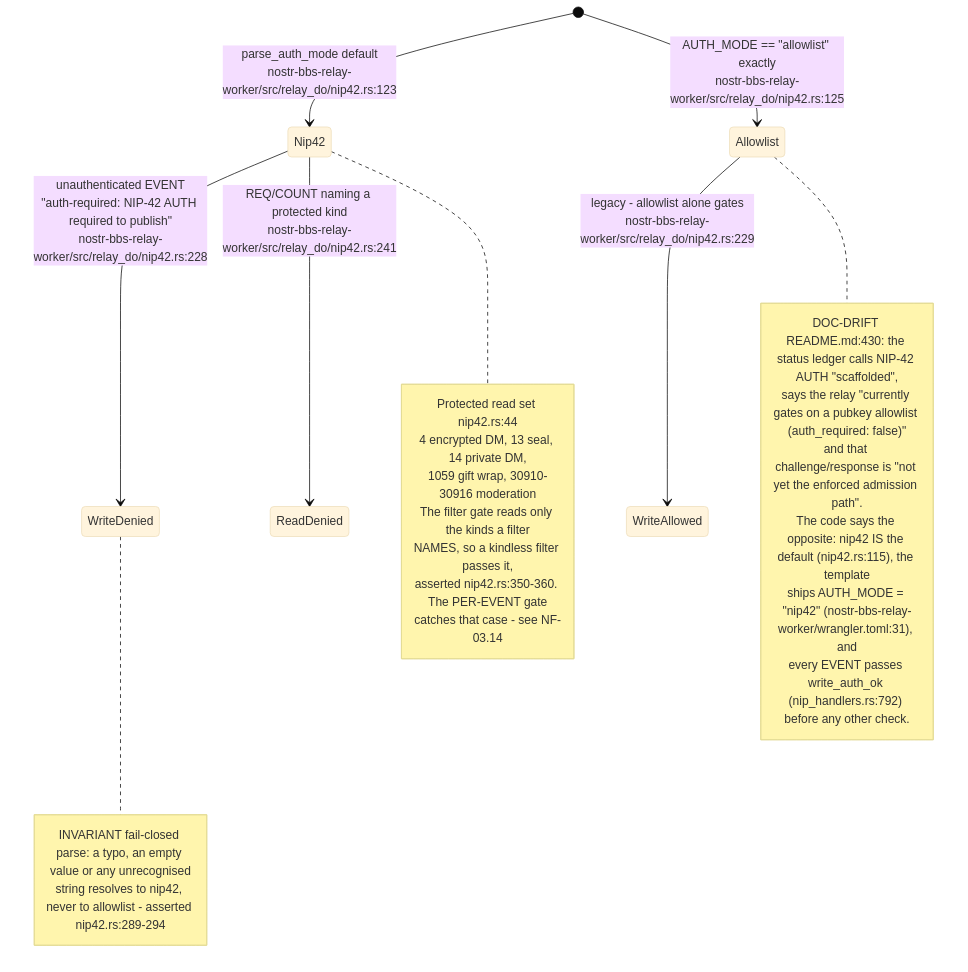
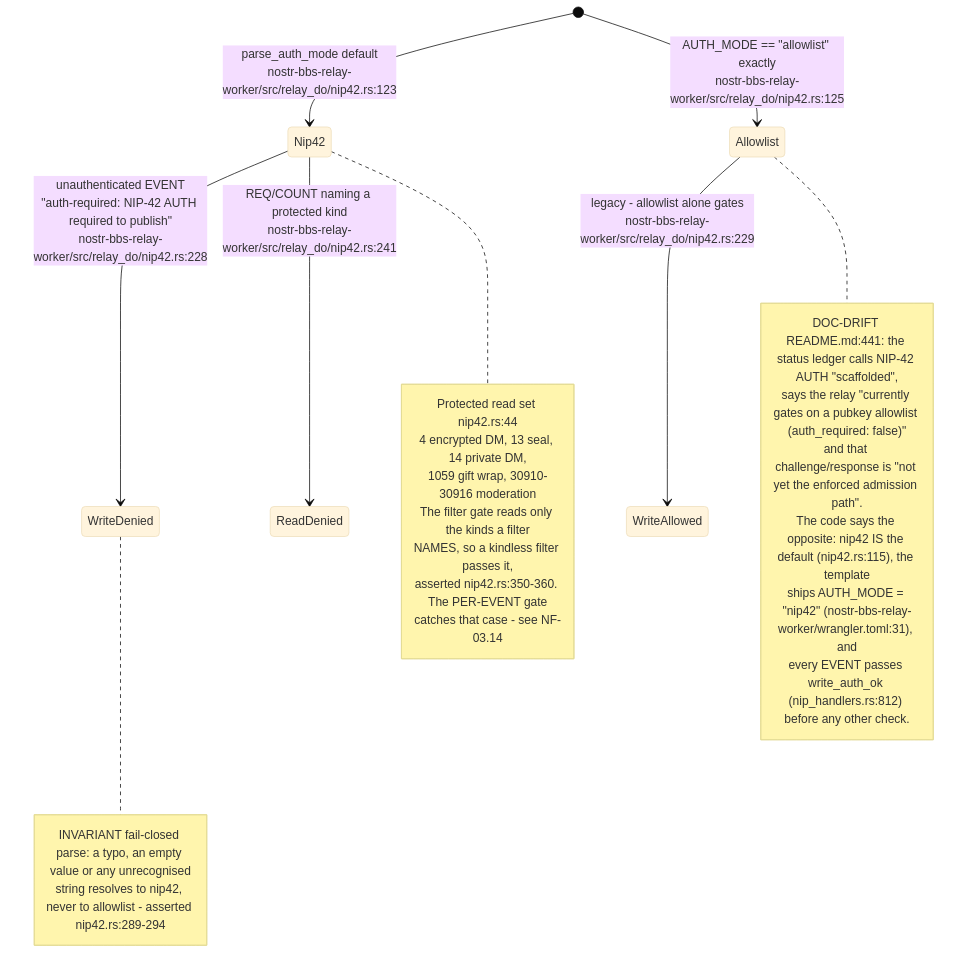
One commit to DreamLab-AI/VisionFlow changed the third of 14 diagrams in docs/diagrams/nostr-rust-forum/03-relay-worker-admission-auth-and-trust.md. Above: the diagram before and after it, drawn with Mermaid (base theme). The commit also changed other lines of this file and 136 other files, not shown here.

First line of the commit message:
docs(diagrams): refresh the whole corpus to code HEAD and prune low-value diagrams

````diff
--- a/docs/diagrams/nostr-rust-forum/03-relay-worker-admission-auth-and-trust.md
+++ b/docs/diagrams/nostr-rust-forum/03-relay-worker-admission-auth-and-trust.md
@@ -73,30 +70,30 @@
 ```mermaid
 stateDiagram-v2
     [*] --> Nip42: parse_auth_mode default<br/>nostr-bbs-relay-worker/src/relay_do/nip42.rs:123
     [*] --> Allowlist: AUTH_MODE == "allowlist" exactly<br/>nostr-bbs-relay-worker/src/relay_do/nip42.rs:125
     Nip42 --> WriteDenied: unauthenticated EVENT<br/>"auth-required: NIP-42 AUTH required to publish"<br/>nostr-bbs-relay-worker/src/relay_do/nip42.rs:228
     Nip42 --> ReadDenied: REQ/COUNT naming a protected kind<br/>nostr-bbs-relay-worker/src/relay_do/nip42.rs:241
     Allowlist --> WriteAllowed: legacy - allowlist alone gates<br/>nostr-bbs-relay-worker/src/relay_do/nip42.rs:229
 
     note right of Nip42
         Protected read set nip42.rs:44
         4 encrypted DM, 13 seal, 14 private DM,
         1059 gift wrap, 30910-30916 moderation
         The filter gate reads only the kinds a filter
         NAMES, so a kindless filter passes it,
         asserted nip42.rs:350-360. The PER-EVENT gate
         catches that case - see NF-03.14
     end note
     note right of Allowlist
-        DOC-DRIFT README.md:430: the status ledger calls NIP-42 AUTH "scaffolded",
+        DOC-DRIFT README.md:441: the status ledger calls NIP-42 AUTH "scaffolded",
         says the relay "currently gates on a pubkey allowlist (auth_required: false)"
         and that challenge/response is "not yet the enforced admission path".
         The code says the opposite: nip42 IS the default (nip42.rs:115), the template
         ships AUTH_MODE = "nip42" (nostr-bbs-relay-worker/wrangler.toml:31), and
-        every EVENT passes write_auth_ok (nip_handlers.rs:792) before any other check.
+        every EVENT passes write_auth_ok (nip_handlers.rs:812) before any other check.
     end note
     note right of WriteDenied
         INVARIANT fail-closed parse: a typo, an empty value or any unrecognised
         string resolves to nip42, never to allowlist - asserted nip42.rs:289-294
     end note
 ```
````
